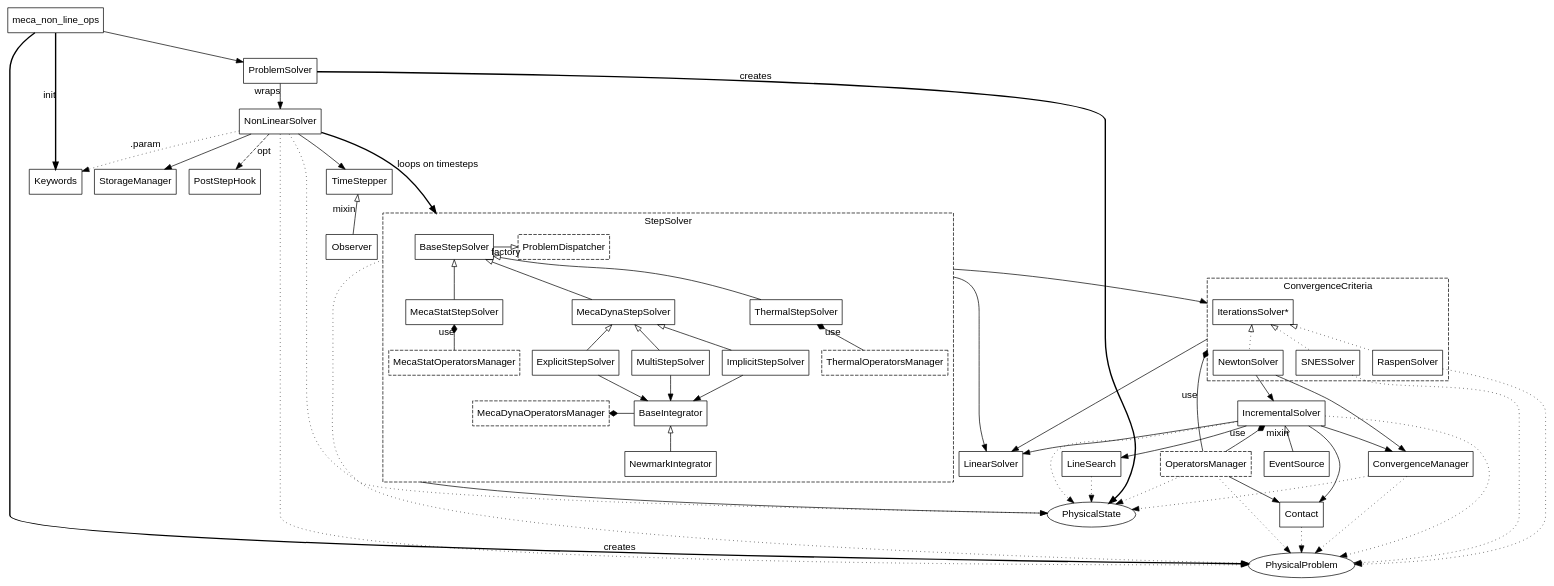
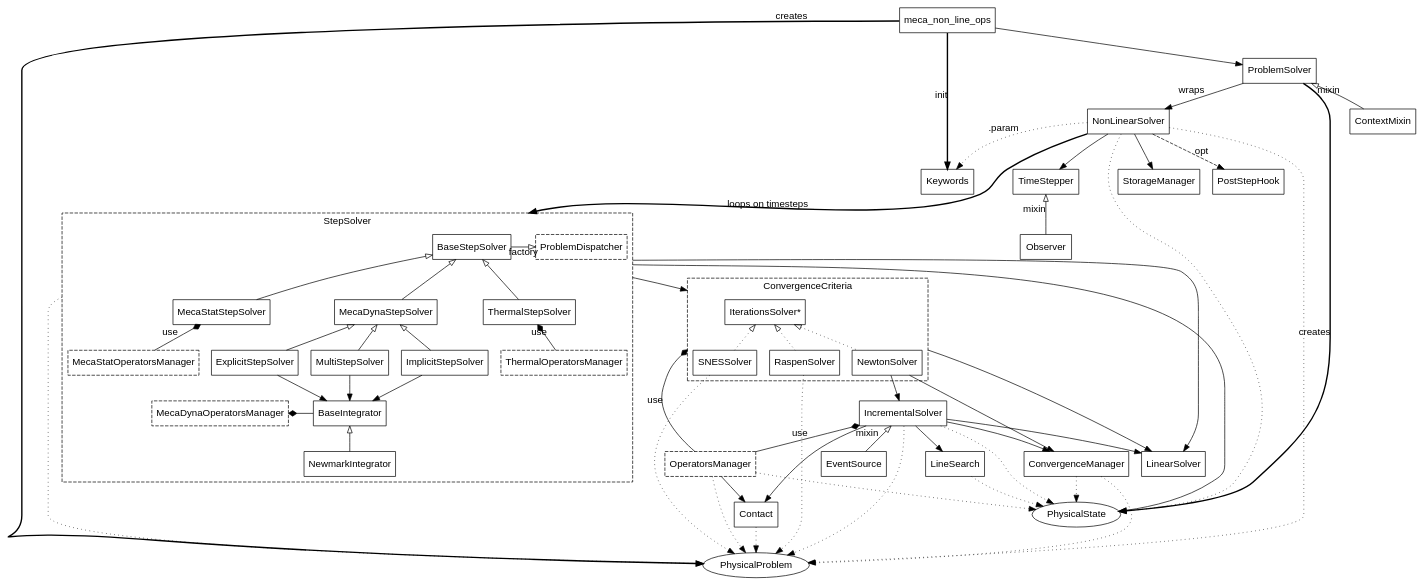
The diagram in doc/img/mnl.dot (Krande/code-aster-copy), drawn with Graphviz before and after one commit. The commit also changed 9 other files, not shown here.

```diff
--- a/doc/img/mnl.dot
+++ b/doc/img/mnl.dot
@@ -1,155 +1,158 @@
 digraph MNL {
     compound = "true";
     // rankdir = LR;
     labelloc = "t";
     fontname = "Helvetica,Arial,sans-serif";
     node [fontname = "Helvetica,Arial,sans-serif"; shape = "box";];
     edge [fontname = "Helvetica,Arial,sans-serif";];
     
-    subgraph {
+    subgraph bases {
         keywords [label = "Keywords";];
         problem [label = "PhysicalProblem";shape = "ellipse";];
         state [label = "PhysicalState";shape = "ellipse";];
+        context [label = "ContextMixin";];
     }
     
     mnl [label = "meca_non_line_ops";];
     pbsolv [label = "ProblemSolver";];
     main [label = "NonLinearSolver";];
     timestepper [label = "TimeStepper";];
     storage [label = "StorageManager";];
     linsolv [label = "LinearSolver";];
     linesearch [label = "LineSearch";];
     conv_manager [label = "ConvergenceManager";];
     contact [label = "Contact";];
     hook [label = "PostStepHook";];
     incr_solv [label = "IncrementalSolver";];
     
     observ [label = "Observer";];
     event [label = "EventSource";];
     // Notifier or Emitter
     opers [label = OperatorsManager;style = "dashed";];
     
     subgraph cluster_stepsolv {
         label = "StepSolver";
         style = "dashed";
         subgraph {
             rank = "same";
             stepsolv [label = "BaseStepSolver";];
             dispatch [label = "ProblemDispatcher";style = "dashed";];
             stepsolv -> dispatch [xlabel = "factory"; arrowhead = "empty";];
         }
         subgraph {
             rank = "same";
             mecastat [label = "MecaStatStepSolver";];
             mecadyn [label = "MecaDynaStepSolver";];
             ther [label = "ThermalStepSolver";];
         }
         // subclasses
         stepsolv -> mecastat [dir = "back"; arrowtail = "empty";];
         stepsolv -> mecadyn [dir = "back"; arrowtail = "empty";];
         stepsolv -> ther [dir = "back"; arrowtail = "empty";];
         
         statopers [label = "MecaStatOperatorsManager";style = "dashed";];
         theropers [label = "ThermalOperatorsManager";style = "dashed";];
         dynopers [label = "MecaDynaOperatorsManager";style = "dashed";];
         mecastat -> statopers [xlabel = "use"; dir = "back"; arrowtail = "diamond";];
         ther -> theropers [xlabel = "use"; dir = "back"; arrowtail = "diamond";];
         
         implicit [label = "ImplicitStepSolver";];
         explicit [label = "ExplicitStepSolver";];
         multi [label = "MultiStepSolver";];
         
         // mecadyn -> dynopers[dir="back", arrowtail="empty"]
         // ther -> theropers[dir="back", arrowtail="empty"]
         
         integr [label = BaseIntegrator;];
         newmark [label = NewmarkIntegrator;];
         
         // subclasses
         mecadyn -> implicit [dir = "back"; arrowtail = "empty";];
         mecadyn -> explicit [dir = "back"; arrowtail = "empty";];
         mecadyn -> multi [dir = "back"; arrowtail = "empty";];
         
         implicit -> integr;
         explicit -> integr;
         multi -> integr;
         
         // composition
         subgraph {
             rank = "same";
             dynopers -> integr [dir = "back"; arrowtail = "diamond";];
         }
         integr -> newmark [dir = "back"; arrowtail = "empty";];
     }
     
     subgraph cluster_iter_solv {
         label = ConvergenceCriteria;
         style = "dashed";
         
         conv_criteria [label = "IterationsSolver*";];
         // [style = invis]
         newton [label = "NewtonSolver";];
         snes [label = "SNESSolver";];
         raspen [label = "RaspenSolver";];
         
         conv_criteria -> newton [dir = "back"; arrowtail = "empty"; style = "dotted";];
         conv_criteria -> snes [dir = "back"; arrowtail = "empty"; style = "dotted";];
         conv_criteria -> raspen [dir = "back"; arrowtail = "empty"; style = "dotted";];
     }
     
     mnl -> pbsolv;
     mnl -> keywords [xlabel = "init"; style = "bold";];
     mnl -> problem [xlabel = "creates"; style = "bold";];
     
     pbsolv -> main [xlabel = "wraps";];
     pbsolv -> state [xlabel = "creates"; style = "bold";];
     
     main -> keywords [xlabel = ".param"; style = "dotted";];
     main -> problem [style = "dotted";];
     main -> state [style = "dotted";];
     main -> timestepper;
     main -> storage;
     main -> stepsolv [xlabel = "loops on timesteps"; lhead = cluster_stepsolv; style = "bold";];
     main -> hook [label = opt; style = "dashed";];
     
     stepsolv -> problem [style = "dotted"; ltail = cluster_stepsolv;];
     
     stepsolv -> state [ltail = cluster_stepsolv;];
     stepsolv -> linsolv [ltail = cluster_stepsolv;];
     stepsolv -> conv_criteria [ltail = cluster_stepsolv; lhead = cluster_iter_solv;];
     
     conv_criteria -> linsolv [ltail = cluster_iter_solv;];
     conv_criteria -> opers [xlabel = "use"; dir = "back"; arrowtail = "diamond"; ltail = cluster_iter_solv;];
     snes -> incr_solv [style = "invis";];
     
     newton -> incr_solv;
     newton -> conv_manager;
     incr_solv -> contact;
     incr_solv -> opers [xlabel = "use"; dir = "back"; arrowtail = "diamond";];
     incr_solv -> linsolv;
     incr_solv -> linesearch;
     incr_solv -> conv_manager;
     incr_solv -> event [xlabel = "mixin"; dir = "back"; arrowtail = "empty";];
     incr_solv -> problem [style = "dotted";];
     incr_solv -> state [style = "dotted";];
     // integr -> state[style="dotted"];
     linesearch -> state [style = "dotted";];
     
     opers -> contact;
     // opers -> statopers [dir = "back"; arrowtail = "empty";];
     // opers -> dynopers [dir = "back"; arrowtail = "empty";];
     // opers -> theropers [dir = "back"; arrowtail = "empty";];
     opers -> problem [style = "dotted";];
     opers -> state [style = "dotted";];
     
     contact -> problem [style = "dotted";];
     conv_manager -> problem [style = "dotted";];
     conv_manager -> state [style = "dotted";];
     snes -> problem [style = "dotted";];
     raspen -> problem [style = "dotted";];
     
     timestepper -> observ [xlabel = "mixin"; dir = "back"; arrowtail = "empty";];
     
+    // new
+    pbsolv -> context [xlabel = "mixin"; dir = "back"; arrowtail = "empty";];
     // placement
     timestepper -> stepsolv [style = "invis";];
 }
```
